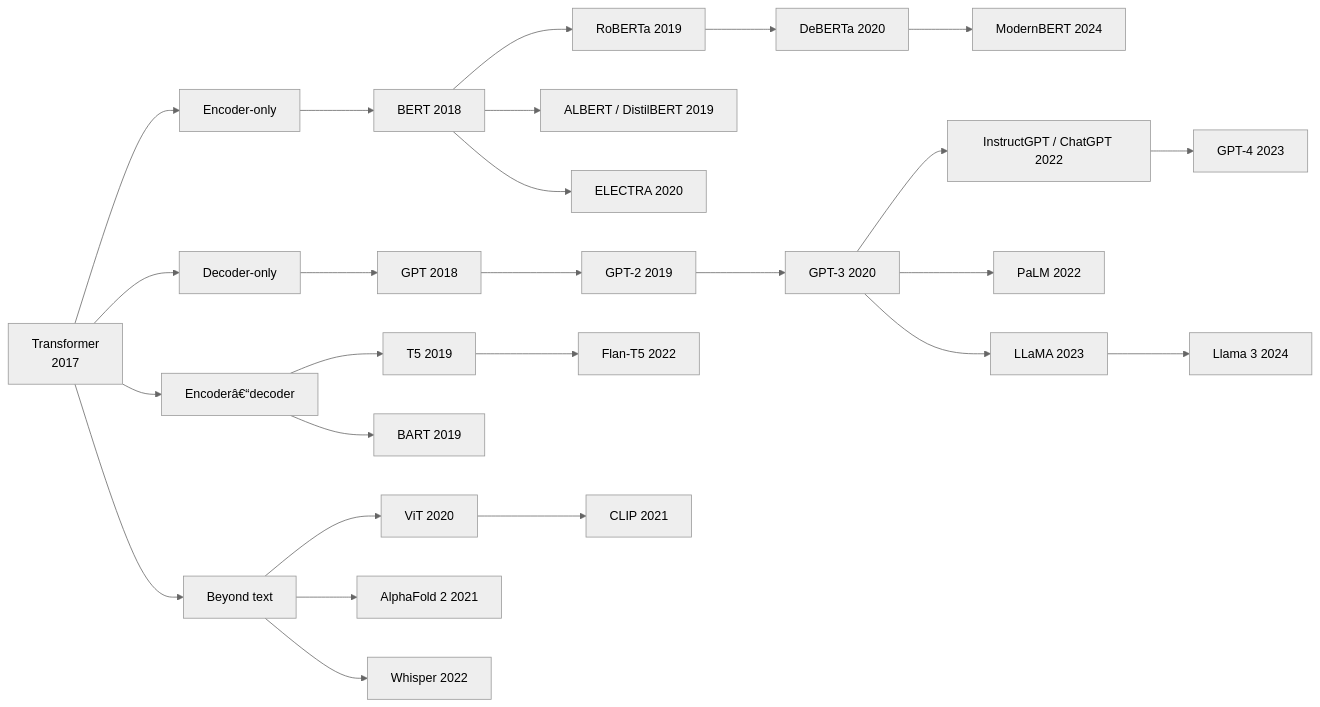
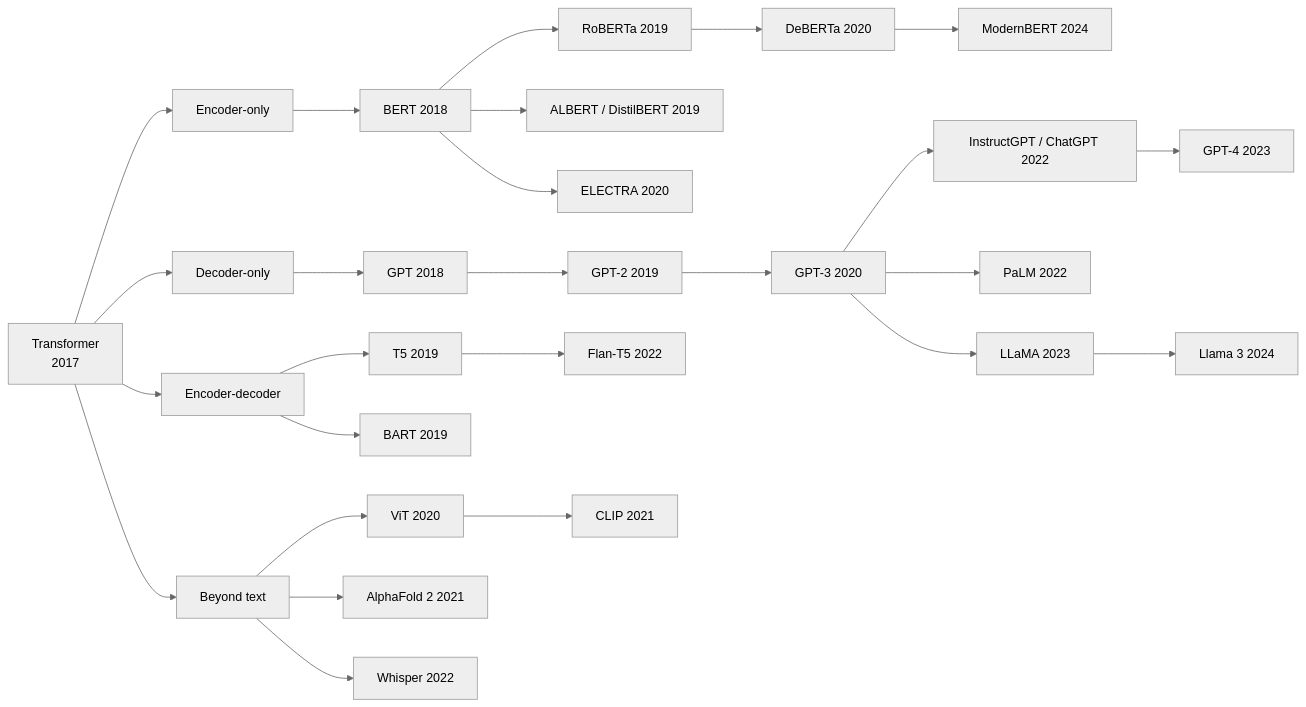
Before and after one commit to cyourth/awesome-transformer: the diagram in README.md, drawn with Mermaid (neutral theme). The commit also changed other lines of this file, not shown here.

````diff
--- a/README.md
+++ b/README.md
@@ -75,18 +75,18 @@
 ```mermaid
 graph LR
     T["Transformer<br/>2017"] --> E["Encoder-only"]
     T --> D["Decoder-only"]
-    T --> ED["Encoderâ€“decoder"]
+    T --> ED["Encoder-decoder"]
     T --> X["Beyond text"]
     E --> BERT["BERT 2018"] --> RoBERTa["RoBERTa 2019"] --> DeBERTa["DeBERTa 2020"] --> ModernBERT["ModernBERT 2024"]
     BERT --> ALBERT["ALBERT / DistilBERT 2019"]
     BERT --> ELECTRA["ELECTRA 2020"]
     D --> GPT["GPT 2018"] --> GPT2["GPT-2 2019"] --> GPT3["GPT-3 2020"] --> ChatGPT["InstructGPT / ChatGPT 2022"] --> GPT4["GPT-4 2023"]
     GPT3 --> PaLM["PaLM 2022"]
     GPT3 --> LLaMA["LLaMA 2023"] --> Llama3["Llama 3 2024"]
     ED --> T5["T5 2019"] --> FlanT5["Flan-T5 2022"]
     ED --> BART["BART 2019"]
     X --> ViT["ViT 2020"] --> CLIP["CLIP 2021"]
     X --> AF2["AlphaFold 2 2021"]
     X --> Whisper["Whisper 2022"]
 ```
````
